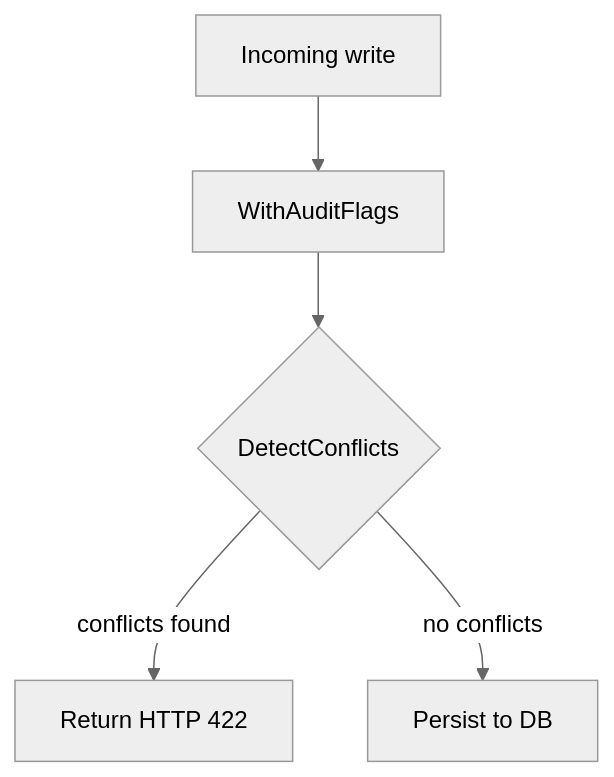
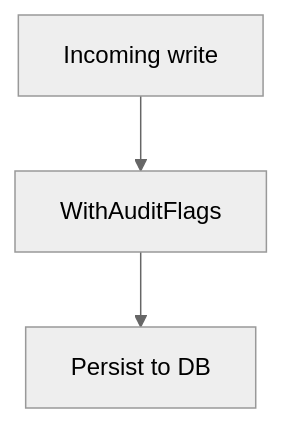
Before and after one commit to InWheelOrg/inwheel-api: the first of 2 diagrams in internal/a11y/README.md, drawn with Mermaid (neutral theme). The commit also changed other lines of this file and 4 other files, not shown here.

````diff
--- a/internal/a11y/README.md
+++ b/internal/a11y/README.md
@@ -37,7 +37,5 @@
 ```mermaid
 flowchart TD
     A[Incoming write] --> B[WithAuditFlags]
-    B --> C{DetectConflicts}
-    C -- conflicts found --> D[Return HTTP 422]
-    C -- no conflicts --> E[Persist to DB]
+    B --> C[Persist to DB]
 ```
````
